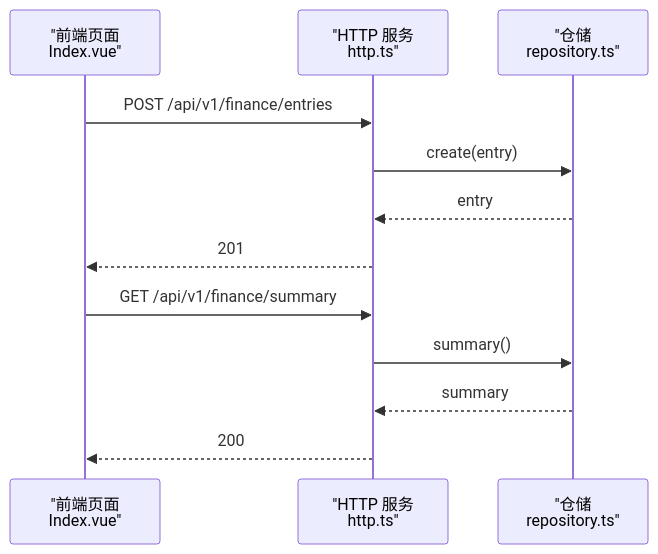
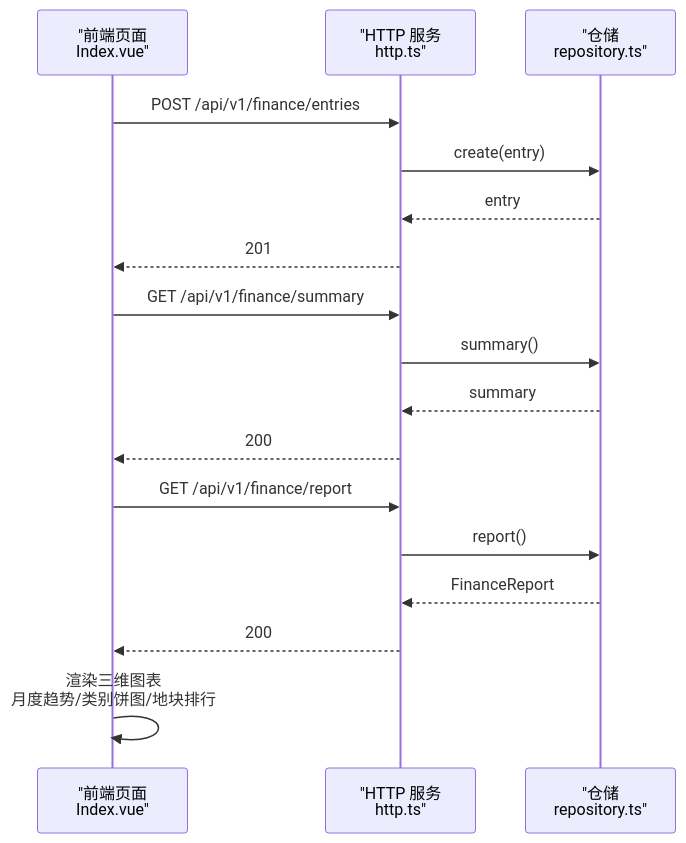
The ninth of 11 diagrams in .qoder/repowiki/zh/content/核心服务文档/财务管理服务.md (q446328246/agri-platform), drawn with Mermaid before and after one commit. The commit also changed other lines of this file and 52 other files, not shown here.

````diff
--- a/.qoder/repowiki/zh/content/核心服务文档/财务管理服务.md
+++ b/.qoder/repowiki/zh/content/核心服务文档/财务管理服务.md
@@ -245,14 +377,19 @@
 ```mermaid
 sequenceDiagram
 participant UI as "前端页面<br/>Index.vue"
 participant API as "HTTP 服务<br/>http.ts"
 participant Repo as "仓储<br/>repository.ts"
 UI->>API : POST /api/v1/finance/entries
 API->>Repo : create(entry)
 Repo-->>API : entry
 API-->>UI : 201
 UI->>API : GET /api/v1/finance/summary
 API->>Repo : summary()
 Repo-->>API : summary
 API-->>UI : 200
+UI->>API : GET /api/v1/finance/report
+API->>Repo : report()
+Repo-->>API : FinanceReport
+API-->>UI : 200
+UI->>UI : 渲染三维图表<br/>月度趋势/类别饼图/地块排行
 ```
````
